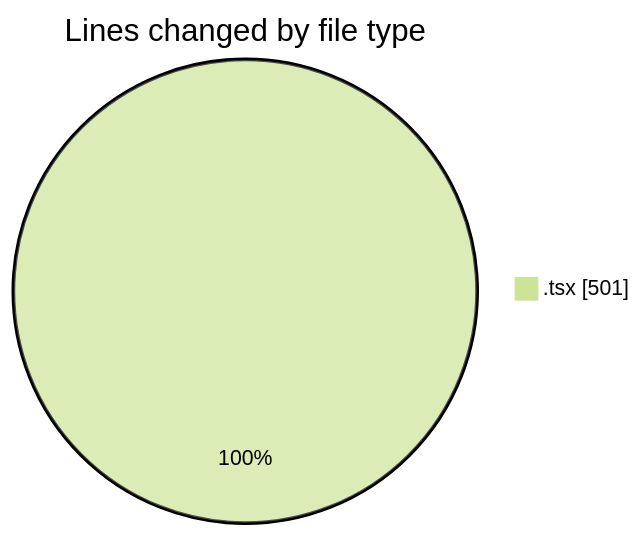
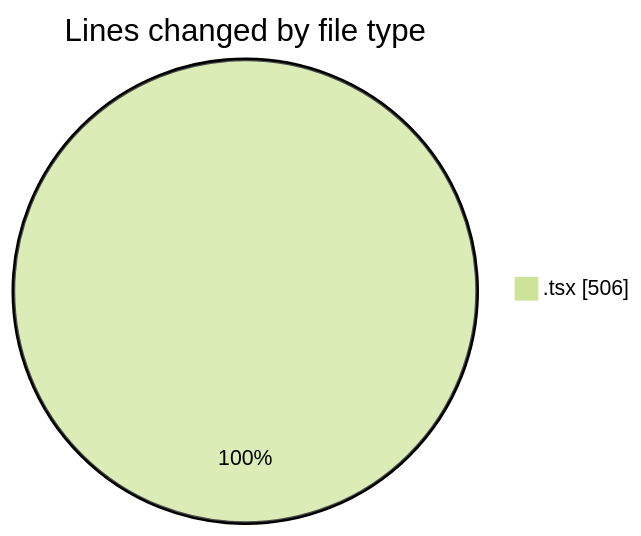
One commit to nxtqubesakshisongat/code-tracking changed the first of 2 diagrams in 2026-05-25/nxtqube_webapp/README.md. Above: the diagram before and after it, drawn with Mermaid (forest theme). The commit also changed other lines of this file and 1 other file, not shown here.

````diff
--- a/2026-05-25/nxtqube_webapp/README.md
+++ b/2026-05-25/nxtqube_webapp/README.md
@@ -20,5 +20,5 @@
 ```mermaid
 pie showData
 title Lines changed by file type
-".tsx" : 501
+".tsx" : 506
 ```
````
